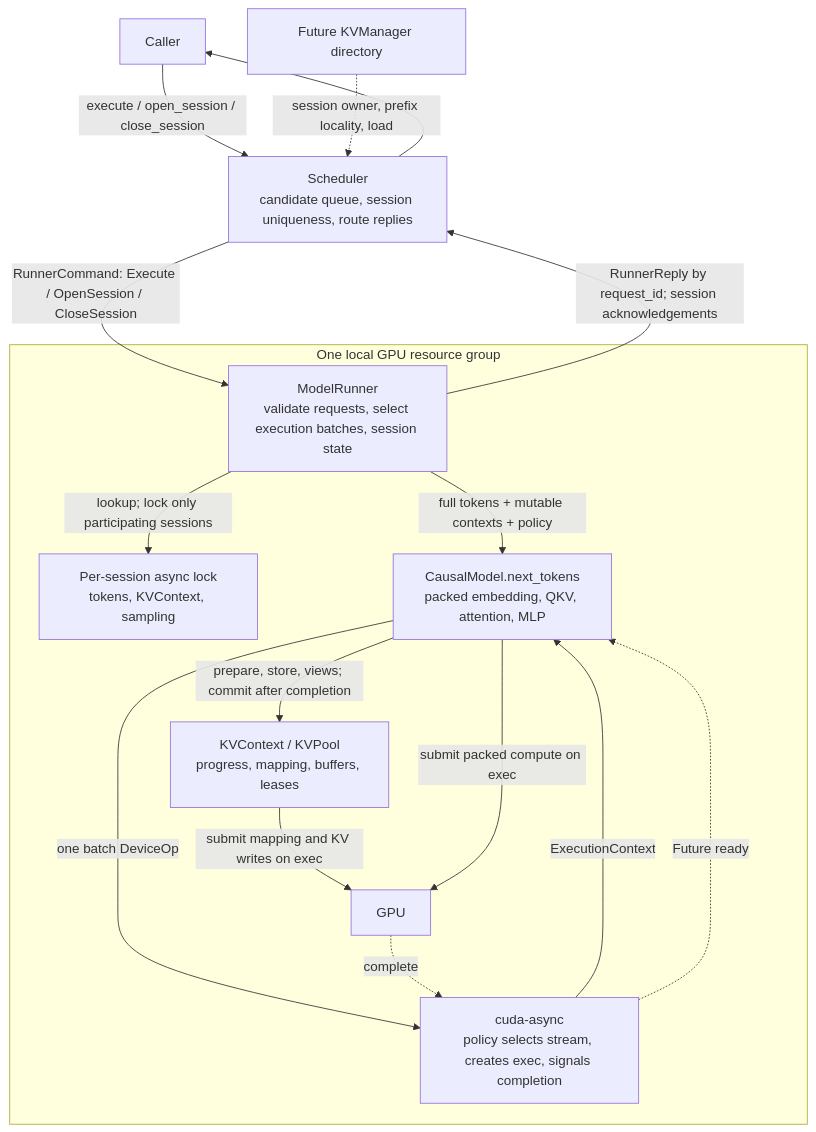
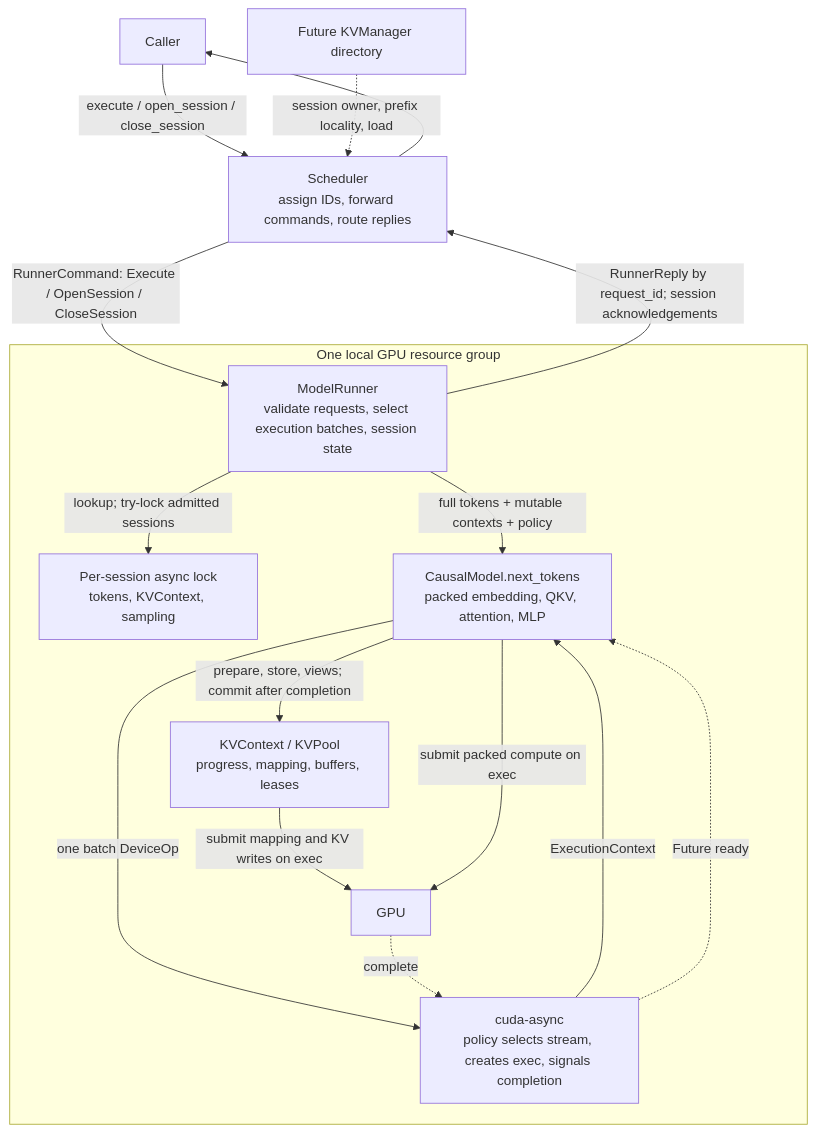
Before and after one commit to pochenai/llm-inference-lab: the first of 3 diagrams in design/spec.md, drawn with Mermaid. The commit also changed other lines of this file and 7 other files, not shown here.

````diff
--- a/design/spec.md
+++ b/design/spec.md
@@ -37,25 +37,25 @@
 ```mermaid
 flowchart TB
-    Caller["Caller"] -->|"execute / open_session / close_session"| S["Scheduler<br/>candidate queue, session uniqueness, route replies"]
+    Caller["Caller"] -->|"execute / open_session / close_session"| S["Scheduler<br/>assign IDs, forward commands, route replies"]
     S -->|"RunnerCommand: Execute / OpenSession / CloseSession"| R
     subgraph Worker["One local GPU resource group"]
         R["ModelRunner<br/>validate requests, select execution batches, session state"]
         H["Per-session async lock<br/>tokens, KVContext, sampling"]
         M["CausalModel.next_tokens<br/>packed embedding, QKV, attention, MLP"]
         K["KVContext / KVPool<br/>progress, mapping, buffers, leases"]
         A["cuda-async<br/>policy selects stream, creates exec, signals completion"]
         G["GPU"]
-        R -->|"lookup; lock only participating sessions"| H
+        R -->|"lookup; try-lock admitted sessions"| H
         R -->|"full tokens + mutable contexts + policy"| M
         M -->|"prepare, store, views; commit after completion"| K
         M -->|"one batch DeviceOp"| A
         A -->|"ExecutionContext"| M
         K -->|"submit mapping and KV writes on exec"| G
         M -->|"submit packed compute on exec"| G
         G -.->|"complete"| A
         A -.->|"Future ready"| M
     end
     R -->|"RunnerReply by request_id; session acknowledgements"| S
     S --> Caller
     D["Future KVManager directory"] -.->|"session owner, prefix locality, load"| S
 ```
````
